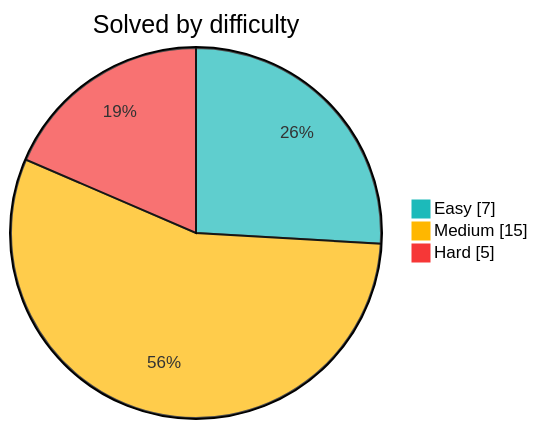
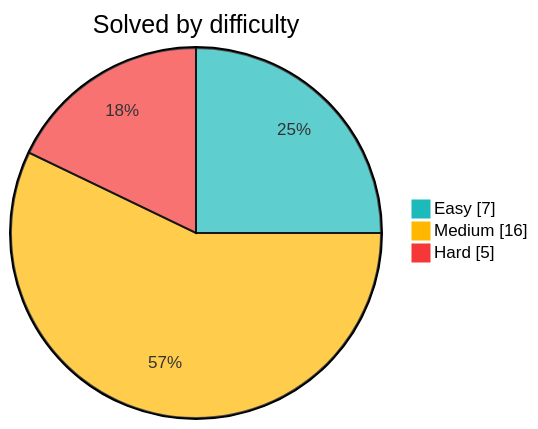
Before and after one commit to Sekler09/algorithms: the diagram in README.md, drawn with Mermaid. The commit also changed other lines of this file and 3 other files, not shown here.

````diff
--- a/README.md
+++ b/README.md
@@ -9,8 +9,8 @@
 ```mermaid
 %%{init: {"themeVariables": {"pie1": "#1cbaba", "pie2": "#ffb700", "pie3": "#f63737"}}}%%
 pie showData
     title Solved by difficulty
     "Easy" : 7
-    "Medium" : 15
+    "Medium" : 16
     "Hard" : 5
 ```
````
